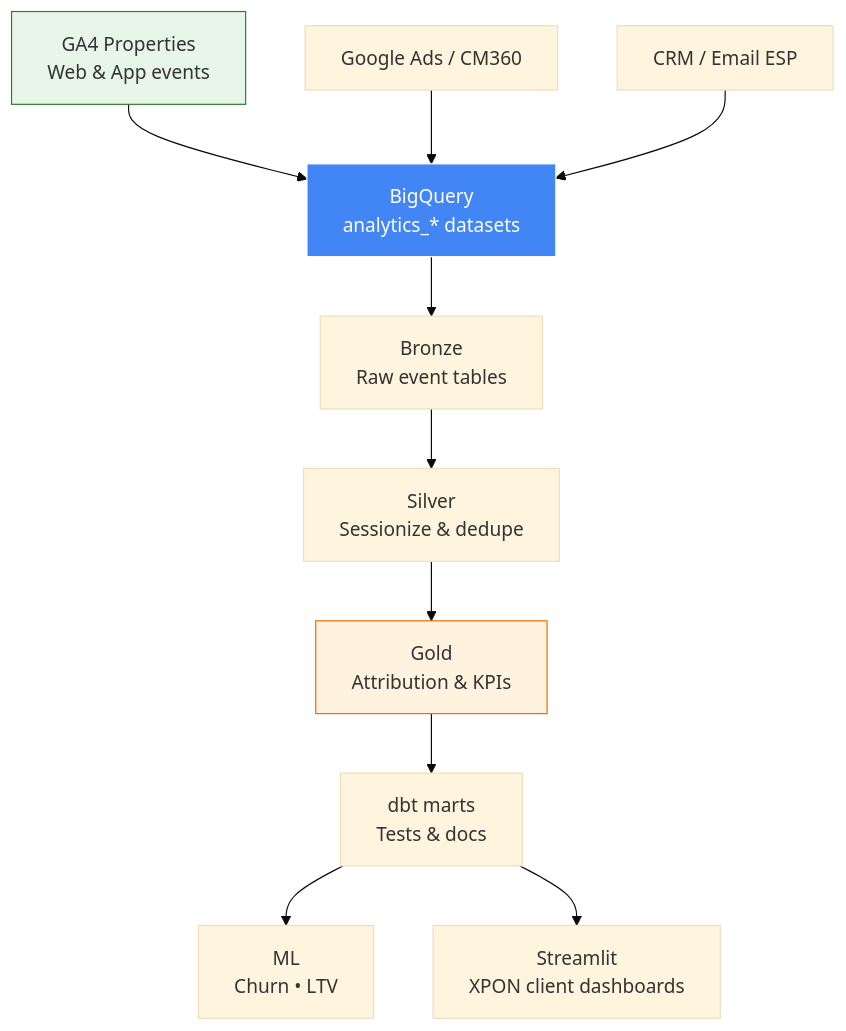
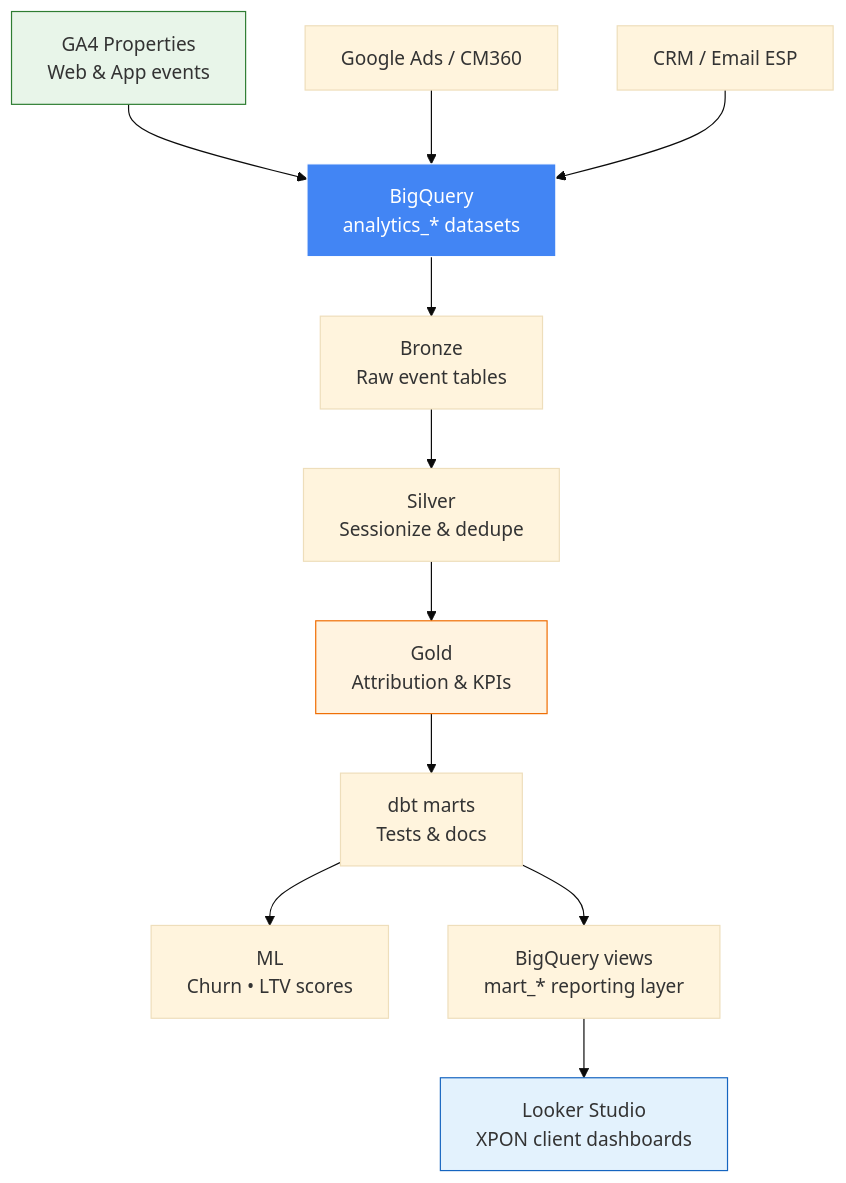
One commit to willtran112358/multi-channel-marketing-analytics changed the diagram in README.md. Above: the diagram before and after it, drawn with Mermaid (base theme). The commit also changed other lines of this file and 6 other files, not shown here.

Commit message:
docs: use Looker Studio (Google Data Studio) for BI instead of Streamlit

````diff
--- a/README.md
+++ b/README.md
@@ -31,18 +32,20 @@
 ```mermaid
 graph TB
     GA4["GA4 Properties<br/>Web & App events"] --> BQ["BigQuery<br/>analytics_* datasets"]
     ADS["Google Ads / CM360"] --> BQ
     CRM["CRM / Email ESP"] --> BQ
 
     BQ --> BRONZE["Bronze<br/>Raw event tables"]
     BRONZE --> SILVER["Silver<br/>Sessionize & dedupe"]
     SILVER --> GOLD["Gold<br/>Attribution & KPIs"]
 
     GOLD --> DBT["dbt marts<br/>Tests & docs"]
-    DBT --> ML["ML<br/>Churn • LTV"]
-    DBT --> DASH["Streamlit<br/>XPON client dashboards"]
+    DBT --> ML["ML<br/>Churn • LTV scores"]
+    DBT --> VIEWS["BigQuery views<br/>mart_* reporting layer"]
+    VIEWS --> LS["Looker Studio<br/>XPON client dashboards"]
 
     style GA4 fill:#e8f5e9,stroke:#2e7d32
     style BQ fill:#4285f4,stroke:#fff,color:#fff
     style GOLD fill:#fff3e0,stroke:#ef6c00
+    style LS fill:#e3f2fd,stroke:#1565c0
 ```
````
